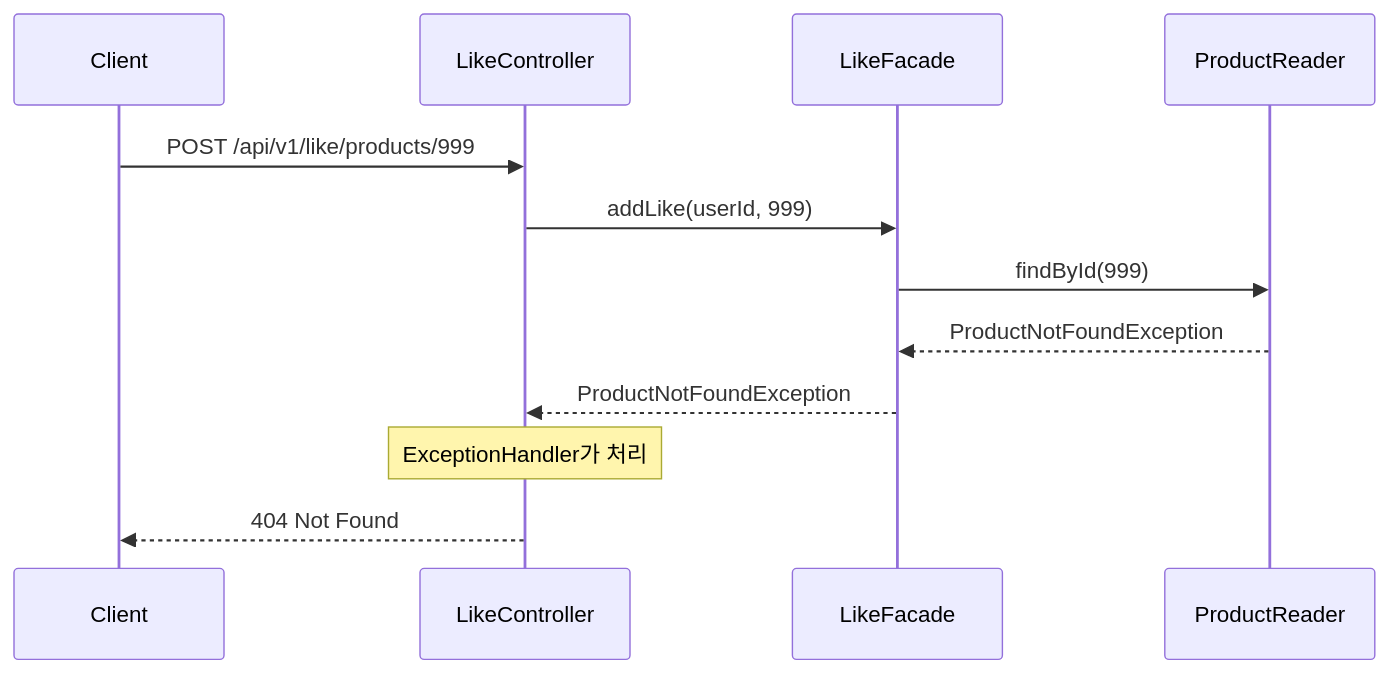
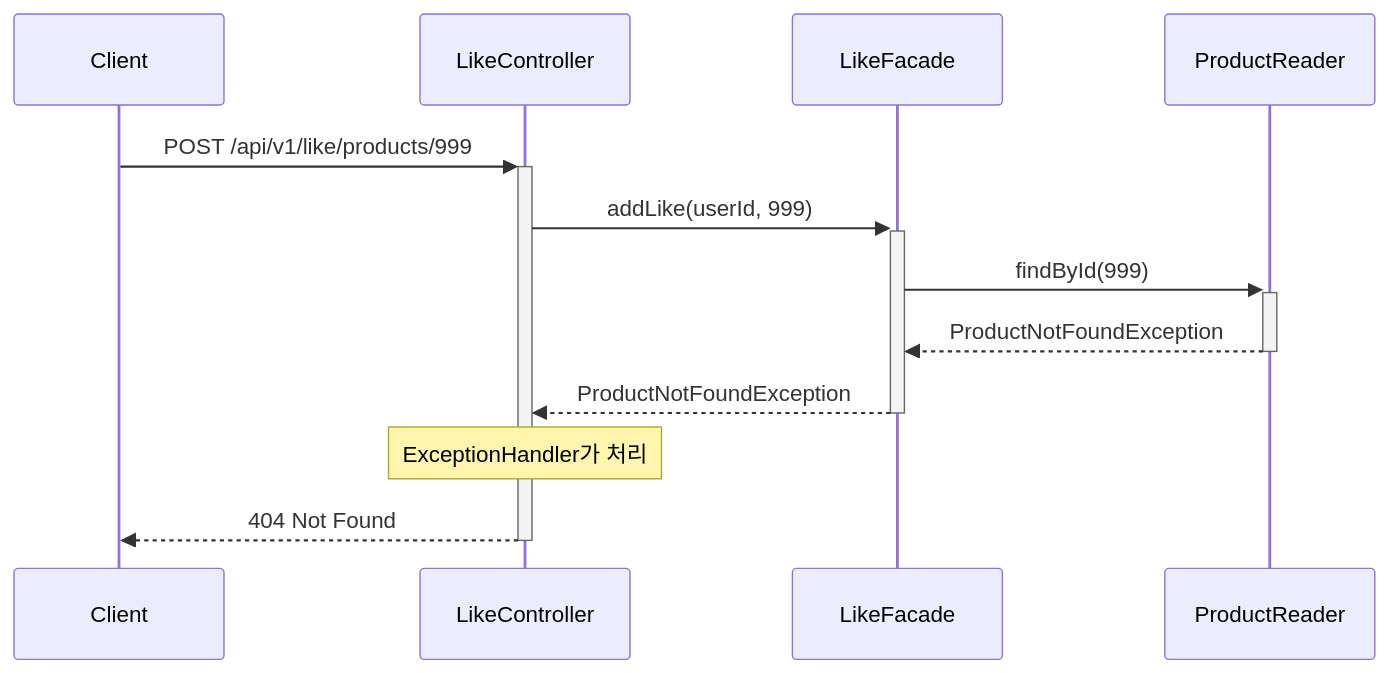
Before and after one commit to Loopers-dev-lab/loopers-spring-java-template: the seventh of 16 diagrams in docs/week2/02-sequence-diagrams.md, drawn with Mermaid. The commit also changed other lines of this file, not shown here.

Commit message:
docs: 시퀀스 다이어그램 activation bar 추가

````diff
--- a/docs/week2/02-sequence-diagrams.md
+++ b/docs/week2/02-sequence-diagrams.md
@@ -326,18 +326,18 @@
 ```mermaid
 sequenceDiagram
     participant Client
     participant LikeController
     participant LikeFacade
     participant ProductReader
 
-    Client->>LikeController: POST /api/v1/like/products/999
+    Client->>+LikeController: POST /api/v1/like/products/999
 
-    LikeController->>LikeFacade: addLike(userId, 999)
+    LikeController->>+LikeFacade: addLike(userId, 999)
 
-    LikeFacade->>ProductReader: findById(999)
-    ProductReader-->>LikeFacade: ProductNotFoundException
+    LikeFacade->>+ProductReader: findById(999)
+    ProductReader-->>-LikeFacade: ProductNotFoundException
 
-    LikeFacade-->>LikeController: ProductNotFoundException
+    LikeFacade-->>-LikeController: ProductNotFoundException
     Note over LikeController: ExceptionHandler가 처리
-    LikeController-->>Client: 404 Not Found
+    LikeController-->>-Client: 404 Not Found
 ```
````
